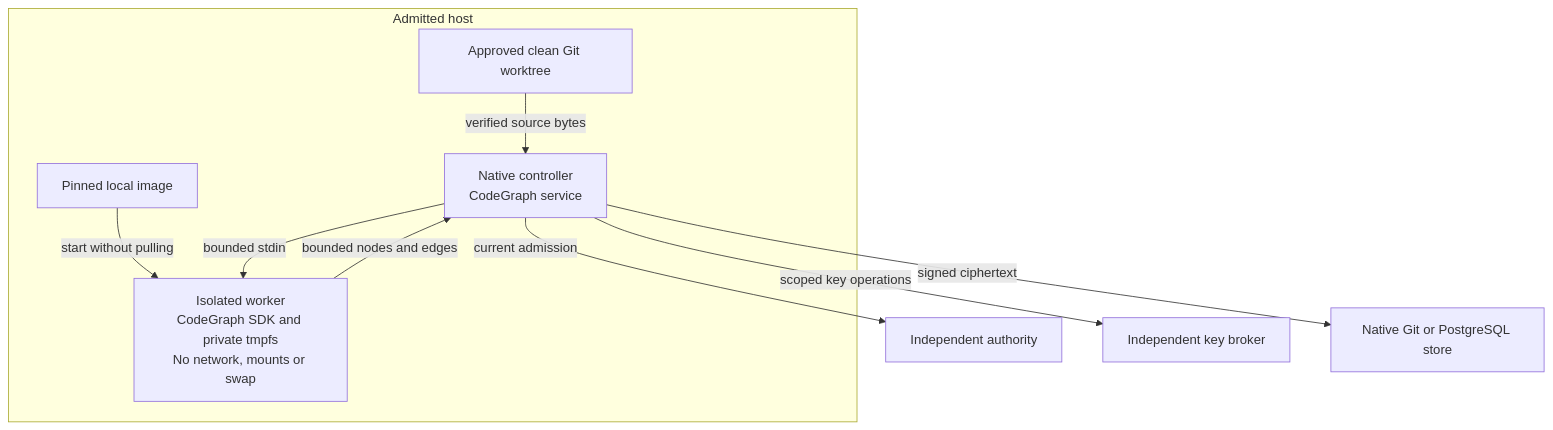
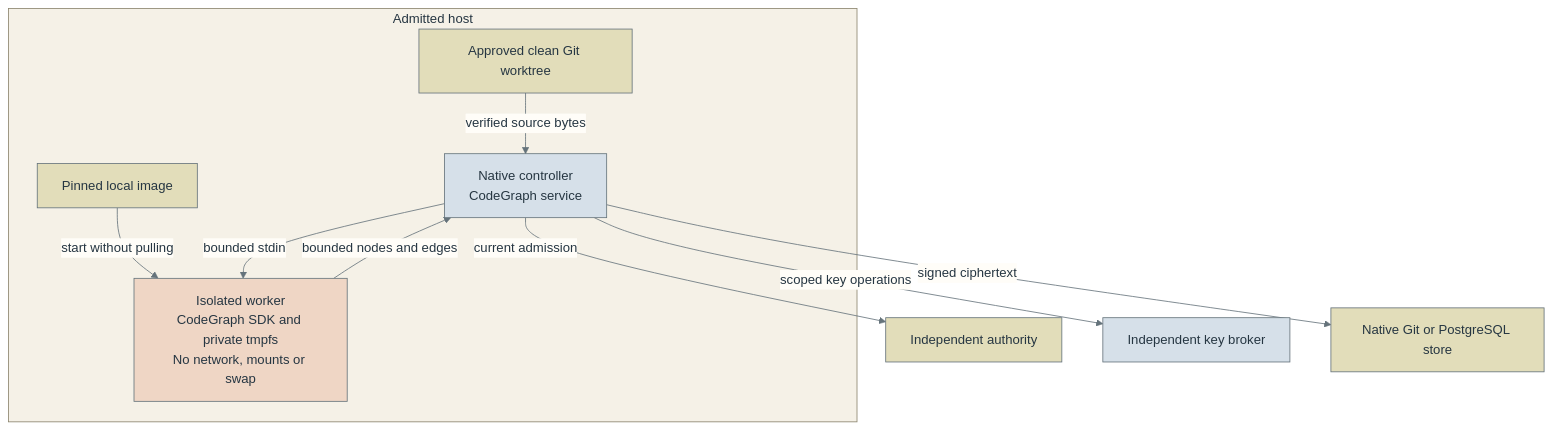
One commit to astrivant/identity changed the first of 2 diagrams in docs/codegraphs.md. Above: the diagram before and after it, drawn with Mermaid. The commit also changed other lines of this file and 14 other files, not shown here.

Commit message:
Align architecture diagram colors with the Identity logo

````diff
--- a/docs/codegraphs.md
+++ b/docs/codegraphs.md
@@ -16,13 +16,36 @@
 ```mermaid
+---
+config:
+  theme: base
+  look: classic
+  themeVariables:
+    background: '#fffdf8'
+    primaryColor: '#d6e0e9'
+    primaryTextColor: '#263642'
+    primaryBorderColor: '#65737b'
+    secondaryColor: '#efd6c5'
+    tertiaryColor: '#f5f1e7'
+    tertiaryTextColor: '#263642'
+    tertiaryBorderColor: '#8b846d'
+    lineColor: '#65737b'
+    textColor: '#263642'
+    clusterBkg: '#f5f1e7'
+    clusterBorder: '#8b846d'
+    edgeLabelBackground: '#fffdf8'
+---
 flowchart TB
     subgraph host["Admitted host"]
         source["Approved clean Git worktree"] -->|verified source bytes| runtime["Native controller<br/>CodeGraph service"]
         image["Pinned local image"] -->|start without pulling| worker
         worker["Isolated worker<br/>CodeGraph SDK and private tmpfs<br/>No network, mounts or swap"]
         runtime -->|bounded stdin| worker
         worker -->|bounded nodes and edges| runtime
     end
     runtime -->|current admission| authority["Independent authority"]
     runtime -->|scoped key operations| broker["Independent key broker"]
     runtime -->|signed ciphertext| storage["Native Git or PostgreSQL store"]
+    classDef olive fill:#e2ddba,stroke:#65737b,color:#263642
+    class source,image,authority,storage olive
+    classDef copper fill:#efd6c5,stroke:#65737b,color:#263642
+    class worker copper
 ```
````
